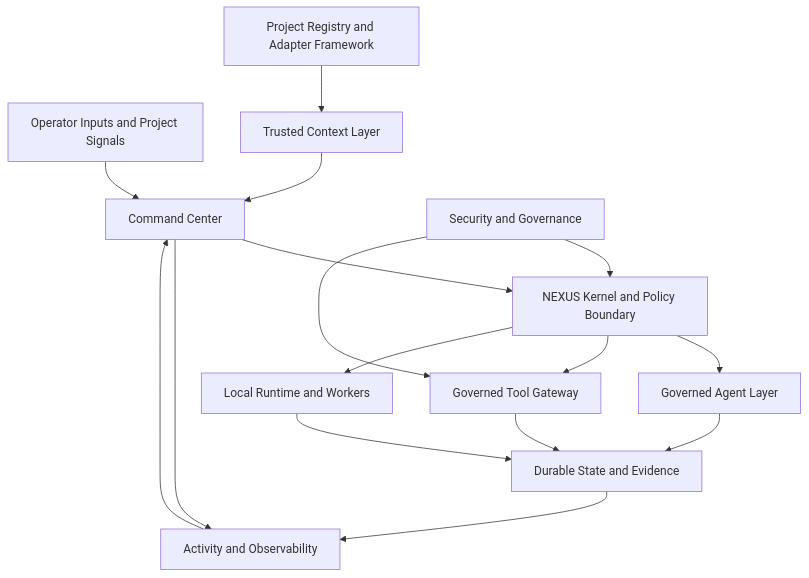
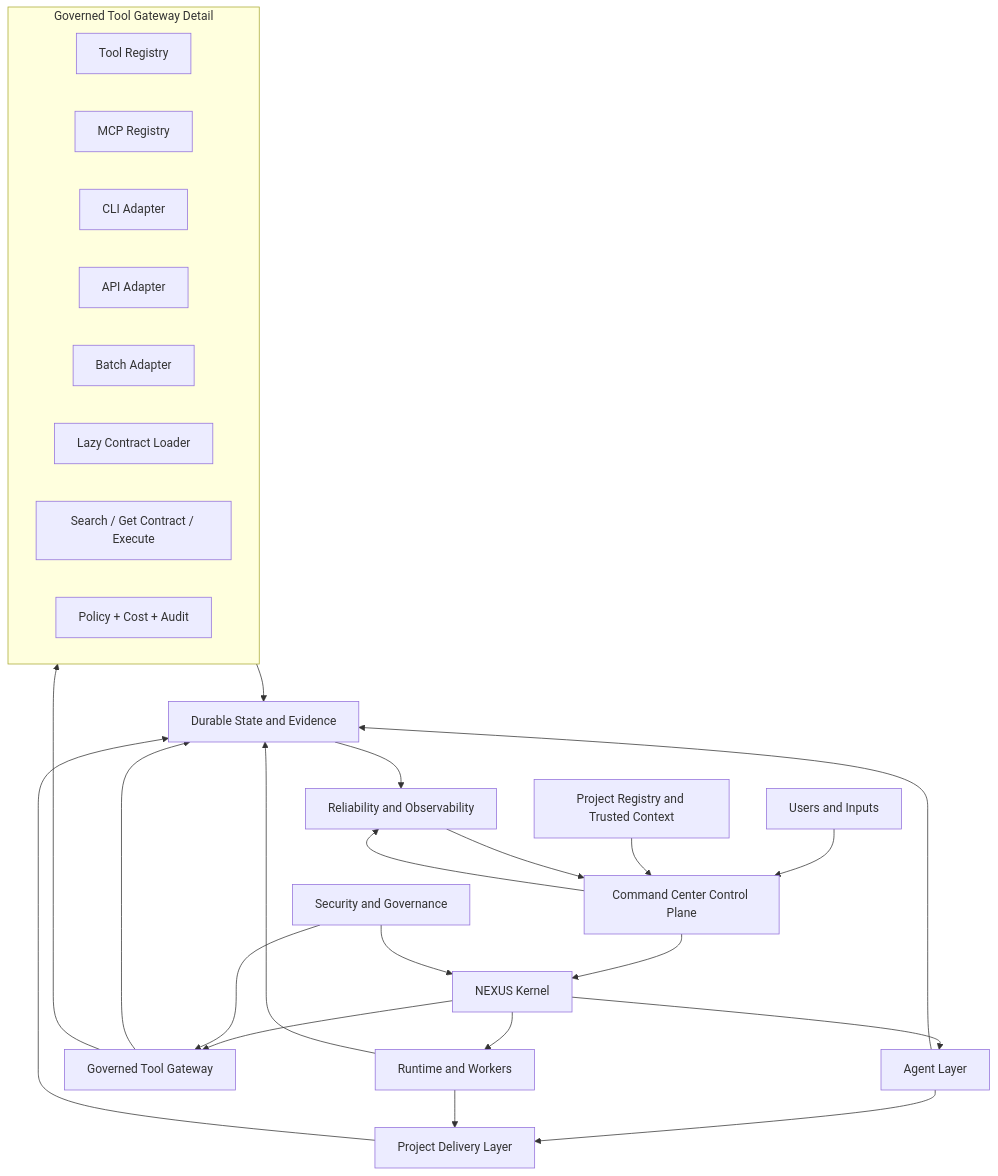
One commit to sramgiri1/Nexus changed the diagram in docs/architecture/diagrams/sources/nexus-enterprise-architecture.mmd. Above: the diagram before and after it, drawn with Mermaid. The commit also changed 21 other files, not shown here.

Commit message:
docs: render architecture diagrams

```diff
--- a/docs/architecture/diagrams/sources/nexus-enterprise-architecture.mmd
+++ b/docs/architecture/diagrams/sources/nexus-enterprise-architecture.mmd
@@ -1,28 +1,43 @@
 flowchart TB
-  inputs[Operator Inputs and Project Signals]
-  registry[Project Registry and Adapter Framework]
-  context[Trusted Context Layer]
-  commandCenter[Command Center]
-  kernel[NEXUS Kernel and Policy Boundary]
-  agents[Governed Agent Layer]
+  inputs[Users and Inputs]
+  registry[Project Registry and Trusted Context]
+  commandCenter[Command Center Control Plane]
+  kernel[NEXUS Kernel]
+  agents[Agent Layer]
   gateway[Governed Tool Gateway]
-  runtime[Local Runtime and Workers]
+  runtime[Runtime and Workers]
+  delivery[Project Delivery Layer]
   state[Durable State and Evidence]
   security[Security and Governance]
-  observability[Activity and Observability]
+  reliability[Reliability and Observability]
+
+  subgraph gatewayDetail[Governed Tool Gateway Detail]
+    toolRegistry[Tool Registry]
+    mcpRegistry[MCP Registry]
+    cliAdapter[CLI Adapter]
+    apiAdapter[API Adapter]
+    batchAdapter[Batch Adapter]
+    contractLoader[Lazy Contract Loader]
+    contractOps[Search / Get Contract / Execute]
+    gatewayControls[Policy + Cost + Audit]
+  end
 
   inputs --> commandCenter
-  registry --> context
-  context --> commandCenter
+  registry --> commandCenter
   commandCenter --> kernel
   kernel --> agents
   kernel --> gateway
   kernel --> runtime
+  agents --> delivery
+  runtime --> delivery
+  delivery --> state
   agents --> state
   gateway --> state
   runtime --> state
+  gateway --> gatewayDetail
+  gatewayDetail --> state
   security --> kernel
   security --> gateway
-  state --> observability
-  commandCenter --> observability
-  observability --> commandCenter
+  state --> reliability
+  commandCenter --> reliability
+  reliability --> commandCenter
```
